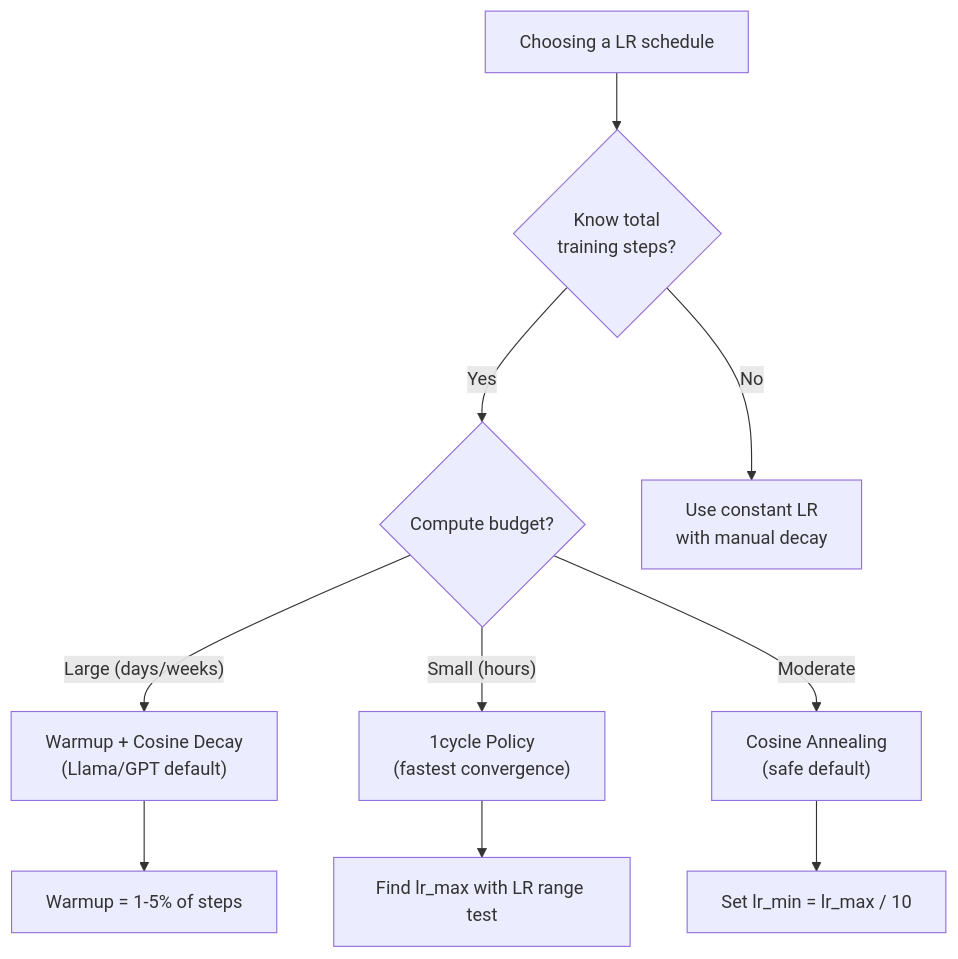
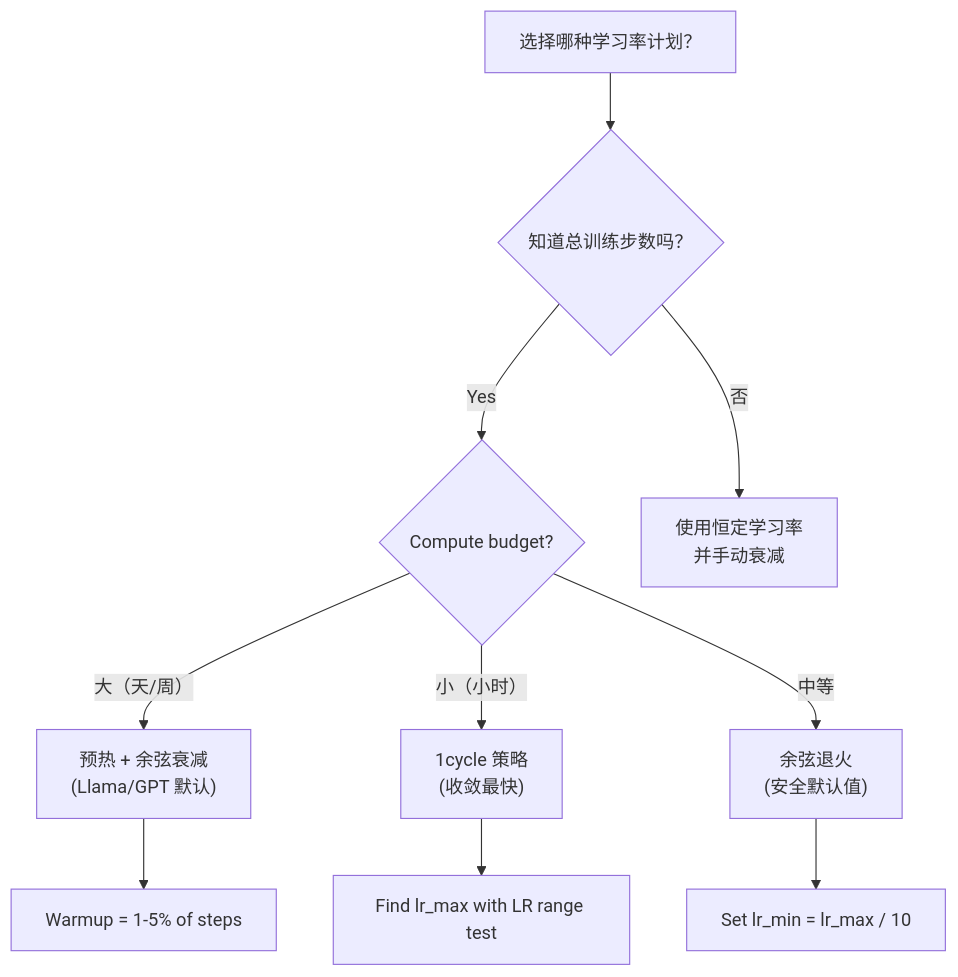
The second of 3 diagrams in phases/03-deep-learning-core/09-learning-rate-schedules/docs/zh.md (omigaZen/ai-engineering-from-scratch), drawn with Mermaid before and after one commit. The commit also changed other lines of this file, not shown here.

````diff
--- a/phases/03-deep-learning-core/09-learning-rate-schedules/docs/zh.md
+++ b/phases/03-deep-learning-core/09-learning-rate-schedules/docs/zh.md
@@ -123,15 +123,15 @@
 ```mermaid
 flowchart TD
-    Start["Choosing a LR schedule"] --> Know{"Know total<br/>training steps?"}
+    Start["选择哪种学习率计划？"] --> Know{"知道总训练步数吗？"}
 
     Know -->|"Yes"| Budget{"Compute budget?"}
-    Know -->|"No"| Constant["Use constant LR<br/>with manual decay"]
+    Know -->|"否"| Constant["使用恒定学习率<br/>并手动衰减"]
 
-    Budget -->|"Large (days/weeks)"| WarmCos["Warmup + Cosine Decay<br/>(Llama/GPT default)"]
-    Budget -->|"Small (hours)"| OneCycle["1cycle Policy<br/>(fastest convergence)"]
-    Budget -->|"Moderate"| Cosine["Cosine Annealing<br/>(safe default)"]
+    Budget -->|"大（天/周）"| WarmCos["预热 + 余弦衰减<br/>(Llama/GPT 默认)"]
+    Budget -->|"小（小时）"| OneCycle["1cycle 策略<br/>(收敛最快)"]
+    Budget -->|"中等"| Cosine["余弦退火<br/>(安全默认值)"]
 
     WarmCos --> Warmup["Warmup = 1-5% of steps"]
     OneCycle --> FindLR["Find lr_max with LR range test"]
     Cosine --> MinLR["Set lr_min = lr_max / 10"]
 ```
````
